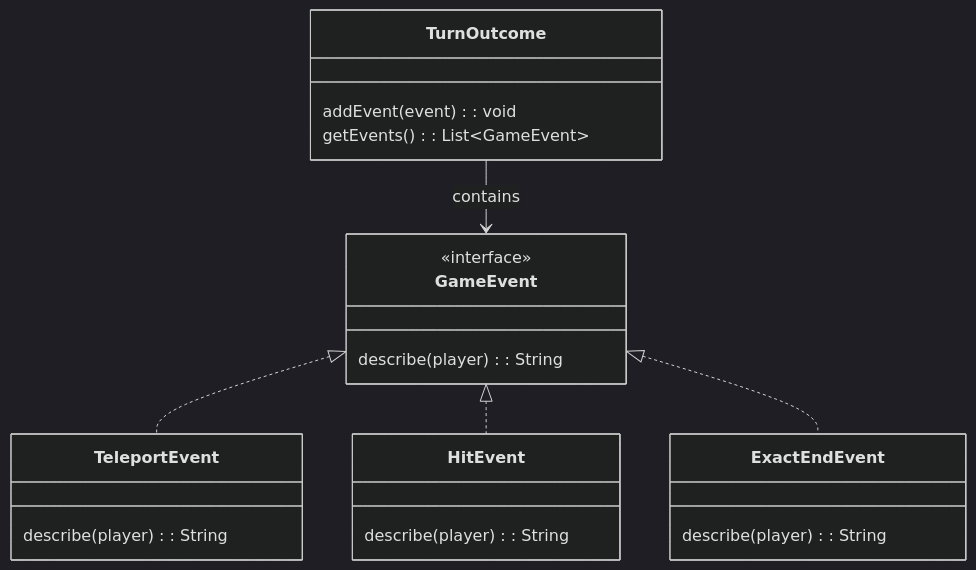
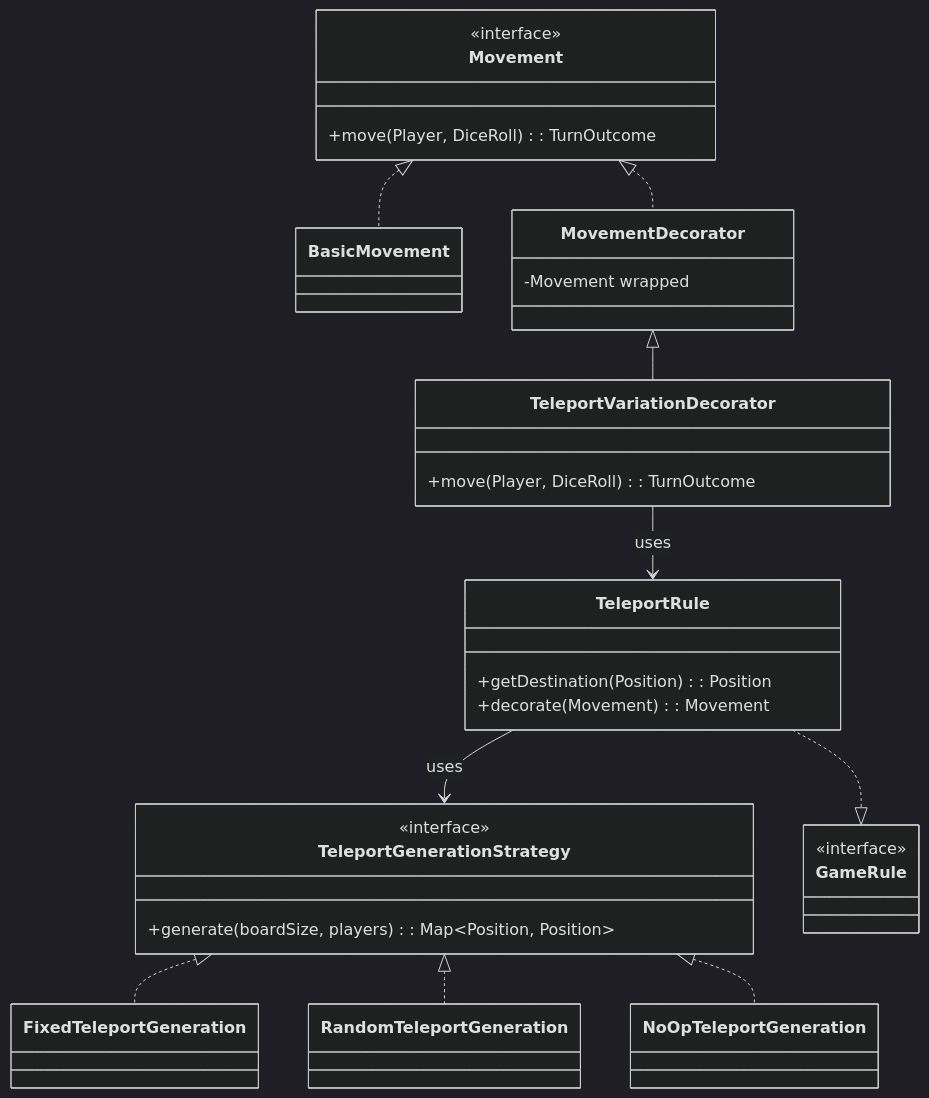
Before and after one commit to SirRmelTheThird/HyperJump: diagram 14 of 30 in README.md, drawn with Mermaid (dark theme). The commit also changed other lines of this file, not shown here.

````diff
--- a/README.md
+++ b/README.md
@@ -564,29 +606,50 @@
 ```mermaid
 classDiagram
-GameEvent <|.. TeleportEvent
-GameEvent <|.. HitEvent
-GameEvent <|.. ExactEndEvent
-TurnOutcome --> GameEvent : contains
+    Movement <|.. BasicMovement
+    Movement <|.. MovementDecorator
+    MovementDecorator <|-- TeleportVariationDecorator
 
-    class GameEvent {
+    TeleportVariationDecorator --> TeleportRule : uses
+    TeleportRule --> TeleportGenerationStrategy : uses
+
+    TeleportGenerationStrategy <|.. FixedTeleportGeneration
+    TeleportGenerationStrategy <|.. RandomTeleportGeneration
+    TeleportGenerationStrategy <|.. NoOpTeleportGeneration
+
+    TeleportRule ..|> GameRule
+
+    class Movement {
         <<interface>>
-        describe(player): String
+        +move(Player, DiceRoll): TurnOutcome
     }
 
-    class TeleportEvent {
-        describe(player): String
+    class BasicMovement
+
+    class MovementDecorator {
+        -Movement wrapped
     }
 
-    class HitEvent {
-        describe(player): String
+    class TeleportVariationDecorator {
+        +move(Player, DiceRoll): TurnOutcome
     }
 
-    class ExactEndEvent {
-        describe(player): String
+    class TeleportRule {
+        +getDestination(Position): Position
+        +decorate(Movement): Movement
     }
 
-    class TurnOutcome {
-        addEvent(event): void
-        getEvents(): List~GameEvent~
+    class TeleportGenerationStrategy {
+        <<interface>>
+        +generate(boardSize, players): Map~Position, Position~
+    }
+
+    class FixedTeleportGeneration
+
+    class RandomTeleportGeneration
+
+    class NoOpTeleportGeneration
+
+    class GameRule {
+        <<interface>>
     }
 ```
````
